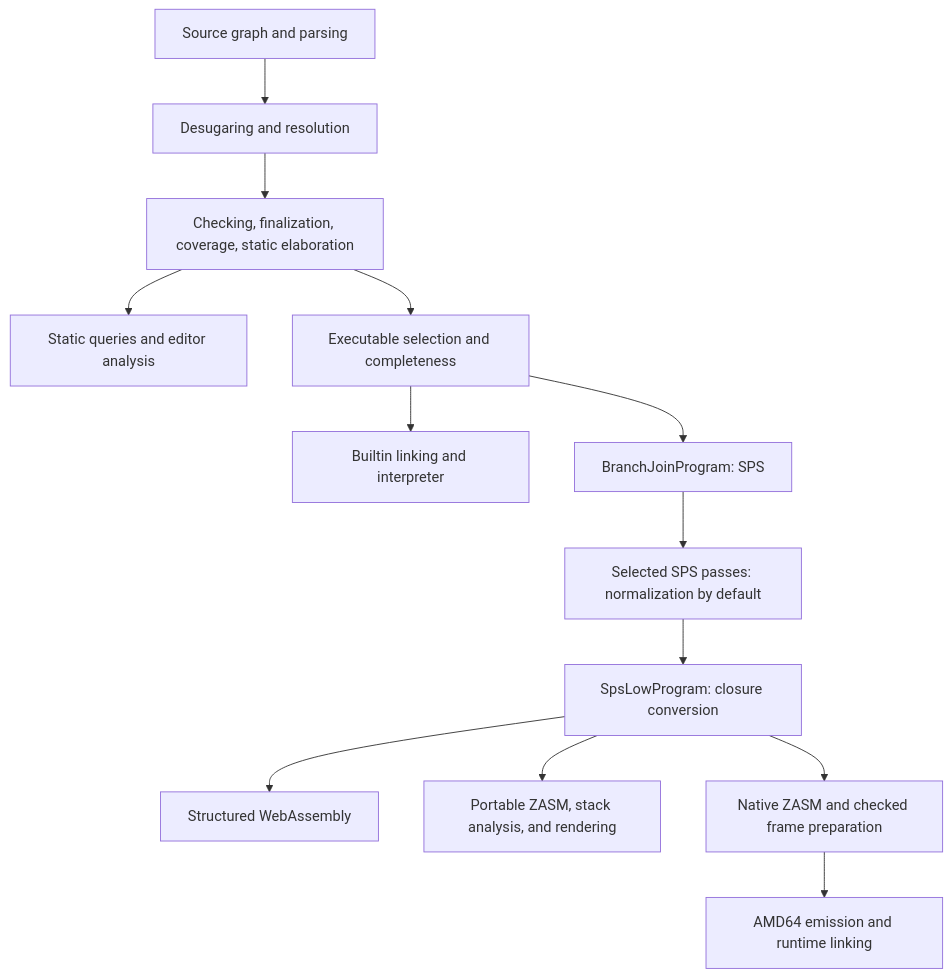
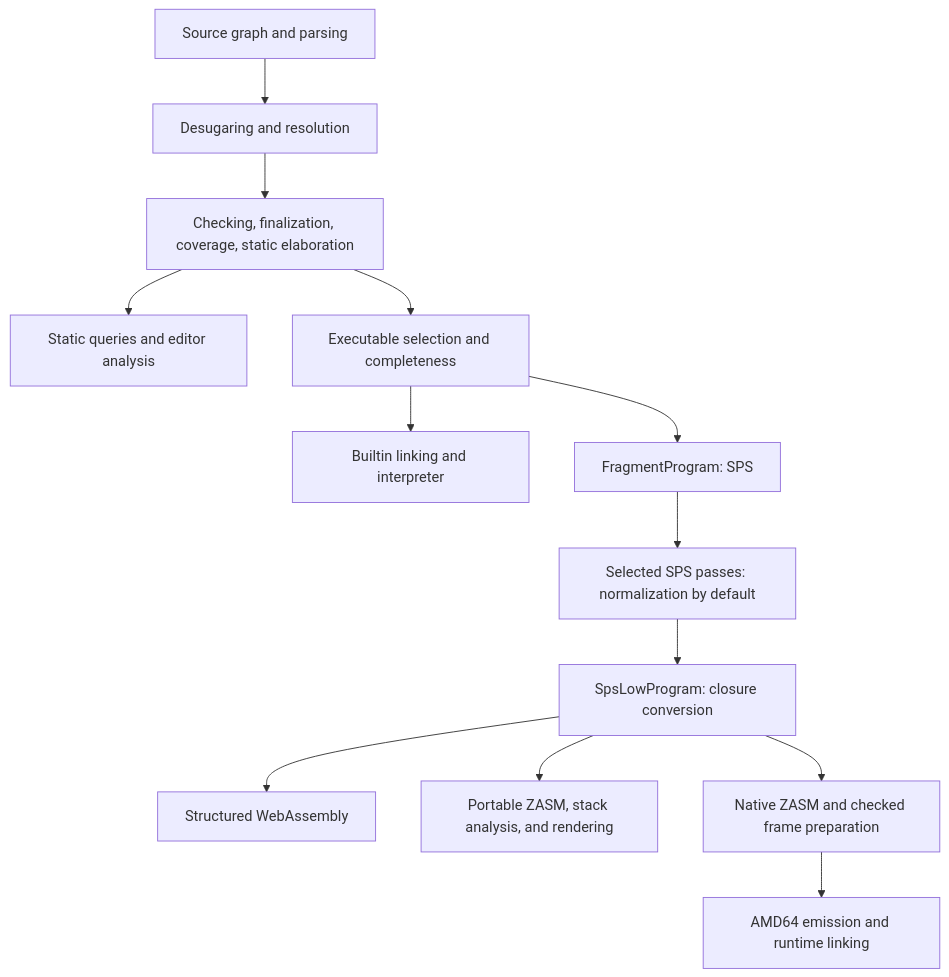
One commit to zydeco-lang/zydeco changed the diagram in docs/references/compiler.md. Above: the diagram before and after it, drawn with Mermaid. The commit also changed other lines of this file and 30 other files, not shown here.

````diff
--- a/docs/references/compiler.md
+++ b/docs/references/compiler.md
@@ -42,15 +42,15 @@
 ```mermaid
 flowchart TD
     Sources[Source graph and parsing] --> Frontend[Desugaring and resolution]
     Frontend --> Statics[Checking, finalization, coverage, static elaboration]
     Statics --> Queries[Static queries and editor analysis]
     Statics --> Entry[Executable selection and completeness]
     Entry --> Dynamics[Builtin linking and interpreter]
-    Entry --> Sps[BranchJoinProgram: SPS]
+    Entry --> Sps[FragmentProgram: SPS]
     Sps --> Normalize[Selected SPS passes: normalization by default]
     Normalize --> Low[SpsLowProgram: closure conversion]
     Low --> Wasm[Structured WebAssembly]
     Low --> Portable[Portable ZASM, stack analysis, and rendering]
     Low --> Native[Native ZASM and checked frame preparation]
     Native --> AMD64[AMD64 emission and runtime linking]
 ```
````
